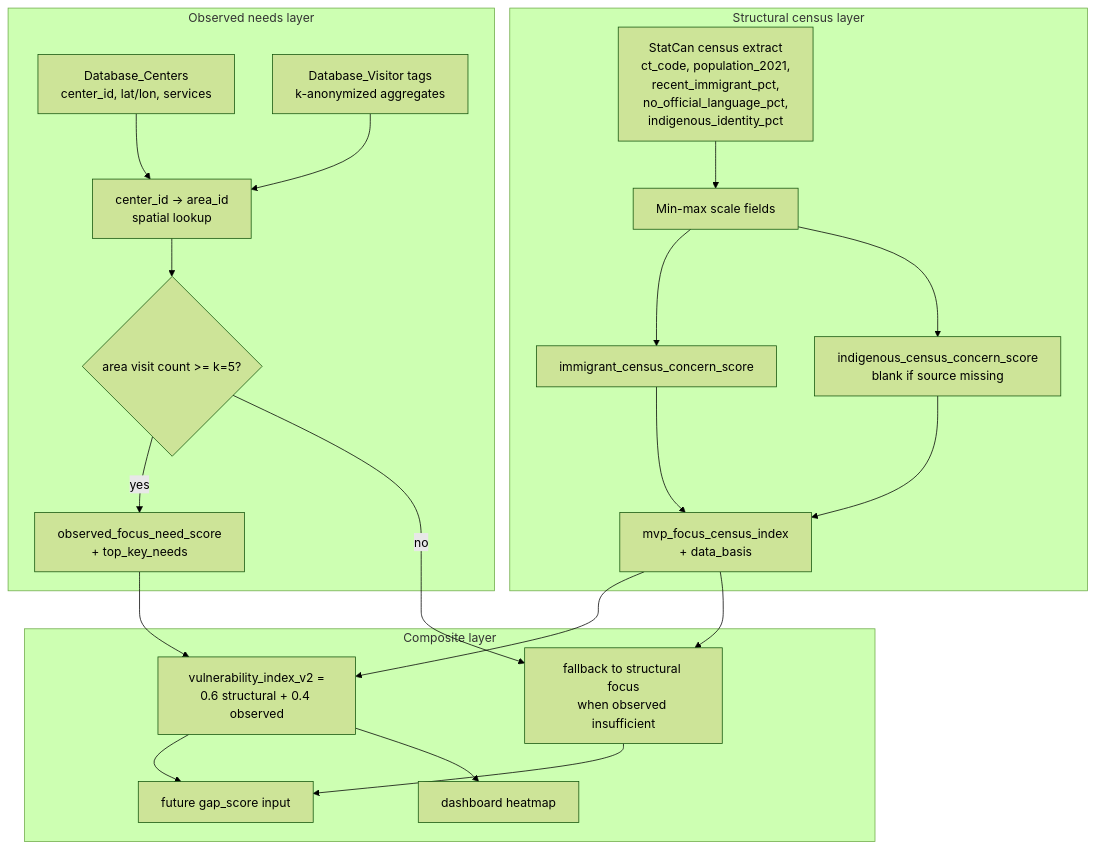
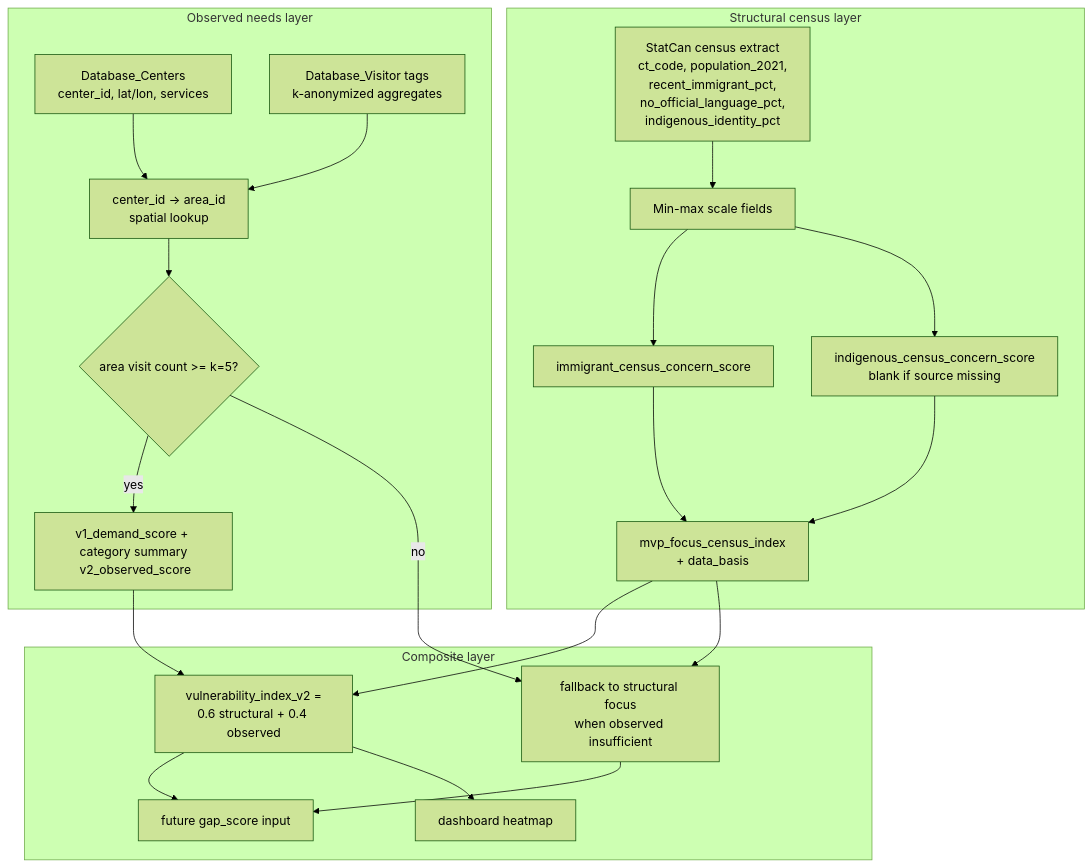
One commit to frondyff/comm_need_radar changed the diagram in docs/vulnerability-index-v2-plan.md. Above: the diagram before and after it, drawn with Mermaid (forest theme). The commit also changed other lines of this file and 13 other files, not shown here.

````diff
--- a/docs/vulnerability-index-v2-plan.md
+++ b/docs/vulnerability-index-v2-plan.md
@@ -424,56 +487,56 @@
 ```mermaid
 flowchart TB
     subgraph STRUCT["Structural census layer"]
         CENSUS["StatCan census extract
 ct_code, population_2021,
 recent_immigrant_pct,
 no_official_language_pct,
 indigenous_identity_pct"]
         SCALE["Min-max scale fields"]
         IMMI["immigrant_census_concern_score"]
         INDIG["indigenous_census_concern_score
 blank if source missing"]
         FOCUS["mvp_focus_census_index
 + data_basis"]
     end
 
     subgraph OBS["Observed needs layer"]
         CENTERS["Database_Centers
 center_id, lat/lon, services"]
         VISITS["Database_Visitor tags
 k-anonymized aggregates"]
         LOOKUP["center_id -> area_id
 spatial lookup"]
         KFLOOR{"area visit count >= k=5?"}
-        OBSIDX["observed_focus_need_score
-+ top_key_needs"]
+        OBSIDX["v1_demand_score + category summary
+ v2_observed_score"]
     end
 
     subgraph V2["Composite layer"]
         COMPOSITE["vulnerability_index_v2 =
 0.6 structural + 0.4 observed"]
         FALLBACK["fallback to structural focus
 when observed insufficient"]
         GAP["future gap_score input"]
         HEAT["dashboard heatmap"]
     end
 
     CENSUS --> SCALE
     SCALE --> IMMI
     SCALE --> INDIG
     IMMI --> FOCUS
     INDIG --> FOCUS
 
     CENTERS --> LOOKUP
     VISITS --> LOOKUP
     LOOKUP --> KFLOOR
     KFLOOR -- yes --> OBSIDX
     KFLOOR -- no --> FALLBACK
 
     FOCUS --> COMPOSITE
     OBSIDX --> COMPOSITE
     FOCUS --> FALLBACK
     COMPOSITE --> GAP
     FALLBACK --> GAP
     COMPOSITE --> HEAT
 ```
````
